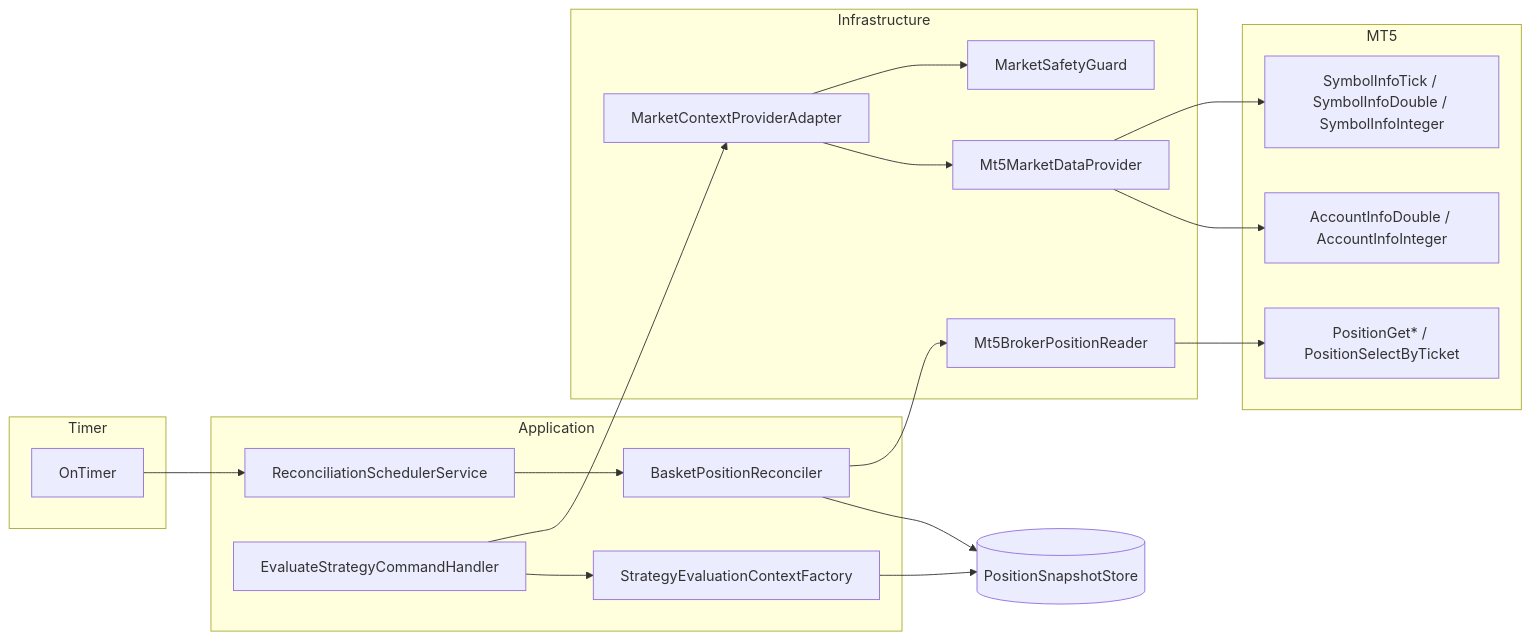
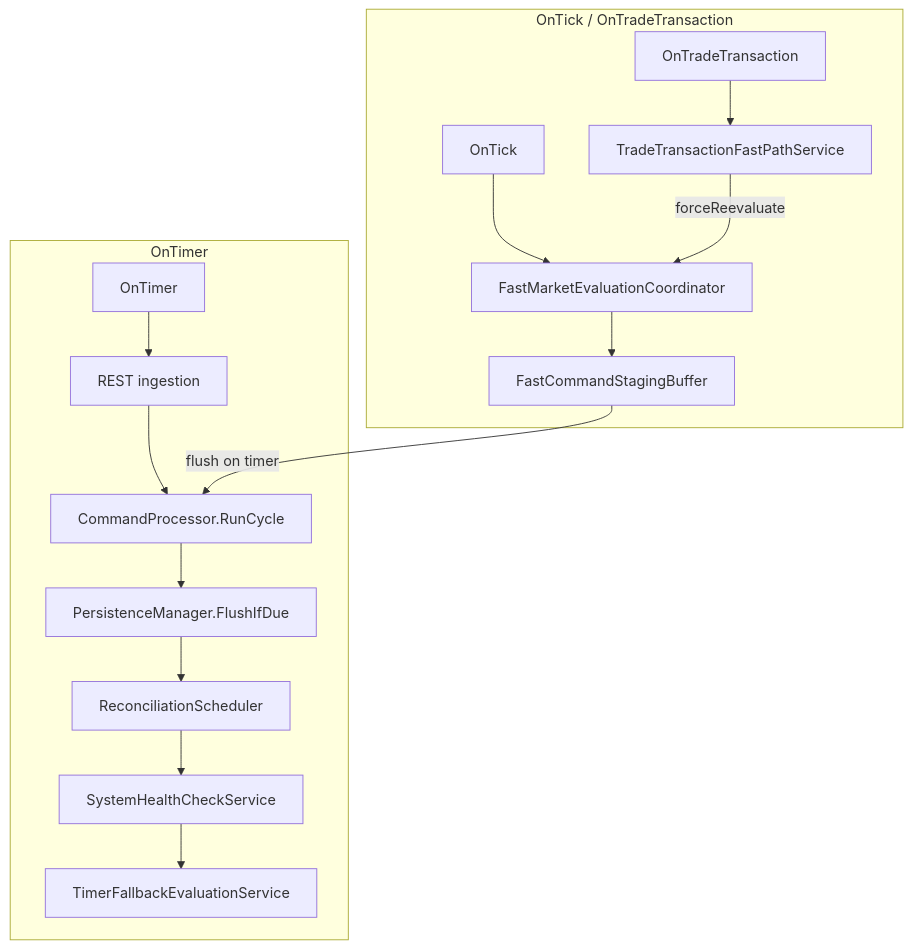
Before and after one commit to kasemx/basket-recovery-ea: the diagram in docs/architecture/40-live-market-context-and-reconciliation.md, drawn with Mermaid. The commit also changed other lines of this file and 28 other files, not shown here.

Commit message:
feat(fast-path): add event-driven basket evaluation

````diff
--- a/docs/architecture/40-live-market-context-and-reconciliation.md
+++ b/docs/architecture/40-live-market-context-and-reconciliation.md
@@ -7,35 +7,25 @@
 ```mermaid
-flowchart LR
-  subgraph Timer
-    T[OnTimer]
+flowchart TB
+  subgraph FastPath [OnTick / OnTradeTransaction]
+    OT[OnTick]
+    OTT[OnTradeTransaction]
+    FMC[FastMarketEvaluationCoordinator]
+    TTF[TradeTransactionFastPathService]
+    STG[FastCommandStagingBuffer]
+    OT --> FMC
+    FMC --> STG
+    OTT --> TTF
+    TTF -->|forceReevaluate| FMC
   end
-  subgraph Application
-    REC[ReconciliationSchedulerService]
-    C[EvaluateStrategyCommandHandler]
-    F[StrategyEvaluationContextFactory]
-    RECON[BasketPositionReconciler]
+  subgraph SlowPath [OnTimer]
+    TM[OnTimer]
+    REST[REST ingestion]
+    CP[CommandProcessor.RunCycle]
+    FL[PersistenceManager.FlushIfDue]
+    REC[ReconciliationScheduler]
+    HC[SystemHealthCheckService]
+    FB[TimerFallbackEvaluationService]
+    TM --> REST --> CP --> FL --> REC --> HC --> FB
+    STG -->|flush on timer| CP
   end
-  subgraph Infrastructure
-    MDP[Mt5MarketDataProvider]
-    BPR[Mt5BrokerPositionReader]
-    ADP[MarketContextProviderAdapter]
-    GUARD[MarketSafetyGuard]
-  end
-  subgraph MT5
-    SI[SymbolInfoTick / SymbolInfoDouble / SymbolInfoInteger]
-    AI[AccountInfoDouble / AccountInfoInteger]
-    PG[PositionGet* / PositionSelectByTicket]
-  end
-  T --> REC
-  REC --> RECON
-  RECON --> BPR
-  BPR --> PG
-  C --> ADP
-  ADP --> GUARD
-  ADP --> MDP
-  MDP --> SI
-  MDP --> AI
-  C --> F
-  F --> SS[(PositionSnapshotStore)]
-  RECON --> SS
 ```
````
